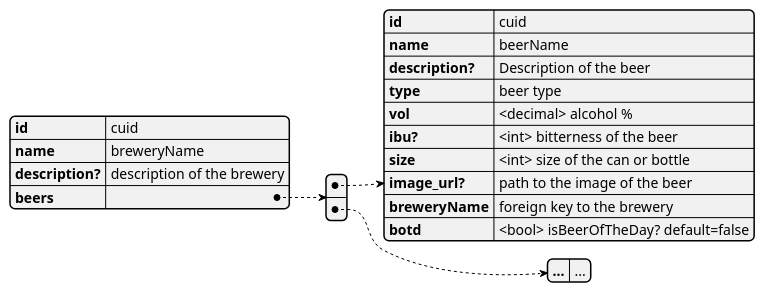
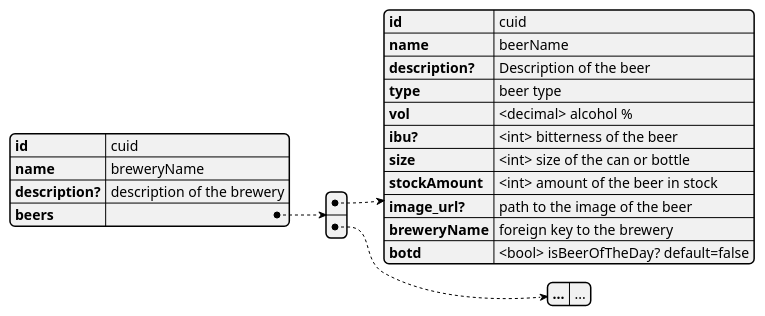
The first of 2 diagrams in Documentation/Diagrams/json_data.puml (GutterneTheBois/smagen-af-oel), drawn with PlantUML before and after one commit. The commit also changed other lines of this file, not shown here.

Commit message:
Changed JSON data visual to match

```diff
--- a/Documentation/Diagrams/json_data.puml
+++ b/Documentation/Diagrams/json_data.puml
@@ -1,22 +1,23 @@
 @startjson brewery
 {
     "id": "cuid",
     "name": "breweryName",
     "description?": "description of the brewery",
     "beers": [
         {
             "id": "cuid",
             "name": "beerName",
             "description?": "Description of the beer",
             "type": "beer type",
             "vol": "<decimal> alcohol %",
             "ibu?": "<int> bitterness of the beer",
             "size": "<int> size of the can or bottle",
+            "stockAmount": "<int> amount of the beer in stock",
             "image_url?": "path to the image of the beer",
             "breweryName": "foreign key to the brewery",
             "botd": "<bool> isBeerOfTheDay? default=false"
         },
         {"...": "..."}
     ]
 }
 @enduml
```
